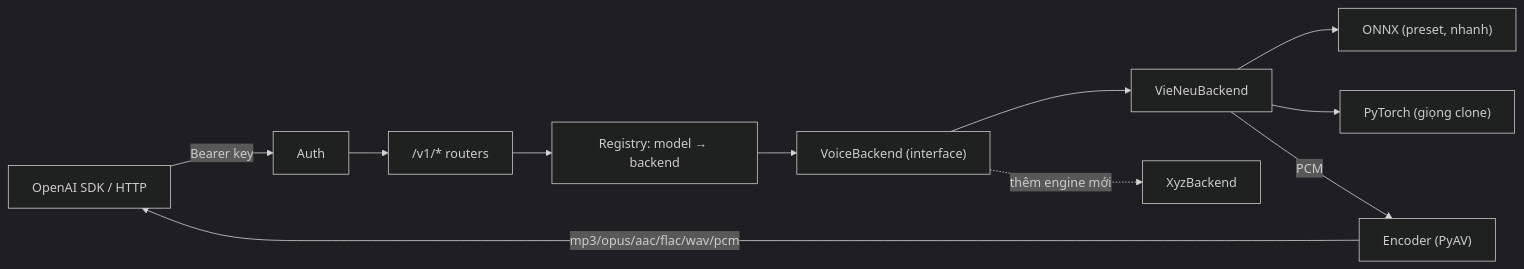
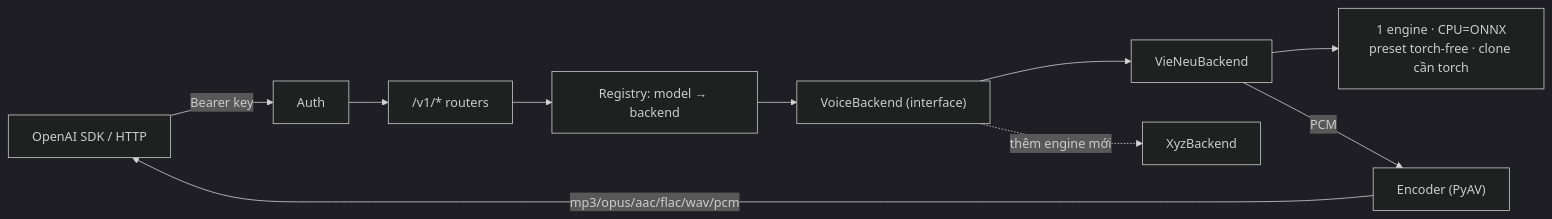
One commit to truongqv12/all_voice changed the diagram in README.md. Above: the diagram before and after it, drawn with Mermaid (dark theme). The commit also changed other lines of this file and 9 other files, not shown here.

First line of the commit message:
refactor(voices): trim VieNeu tuning surface and unify engine

````diff
--- a/README.md
+++ b/README.md
@@ -28,13 +30,12 @@
 ```mermaid
 flowchart LR
     Client["OpenAI SDK / HTTP"] -->|"Bearer key"| Auth[Auth]
     Auth --> Router["/v1/* routers"]
     Router --> Reg["Registry: model → backend"]
     Reg --> BE["VoiceBackend (interface)"]
     BE --> VieNeu[VieNeuBackend]
     BE -. thêm engine mới .-> Other[XyzBackend]
-    VieNeu --> ONNX["ONNX (preset, nhanh)"]
-    VieNeu --> Torch["PyTorch (giọng clone)"]
+    VieNeu --> Engine["1 engine · CPU=ONNX<br/>preset torch-free · clone cần torch"]
     VieNeu -->|PCM| Enc["Encoder (PyAV)"]
     Enc -->|"mp3/opus/aac/flac/wav/pcm"| Client
 ```
````
